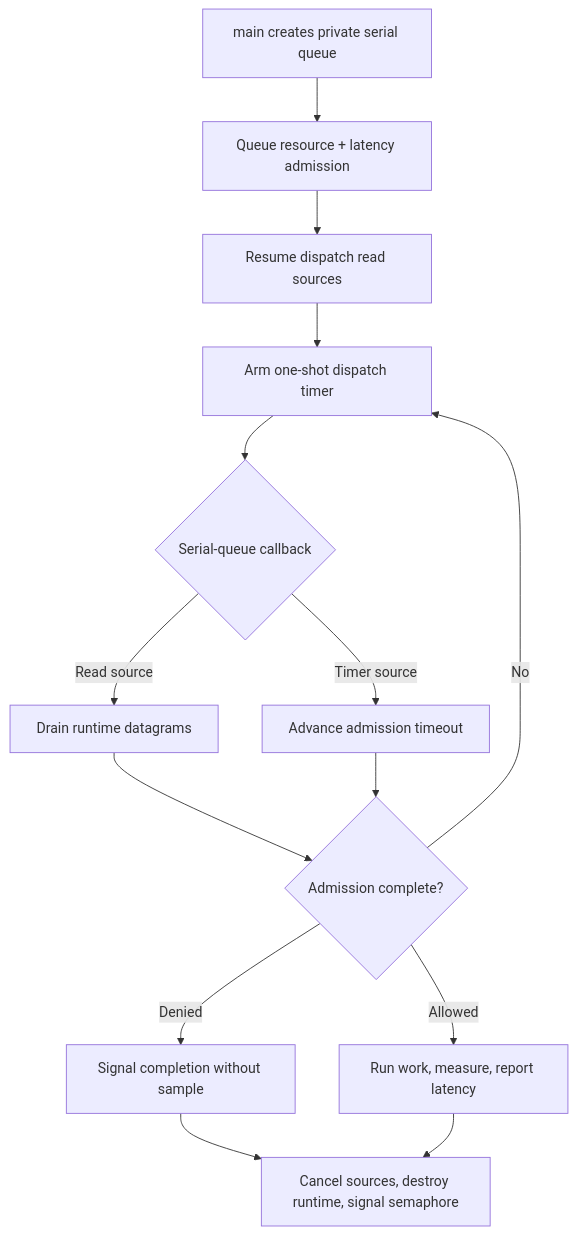
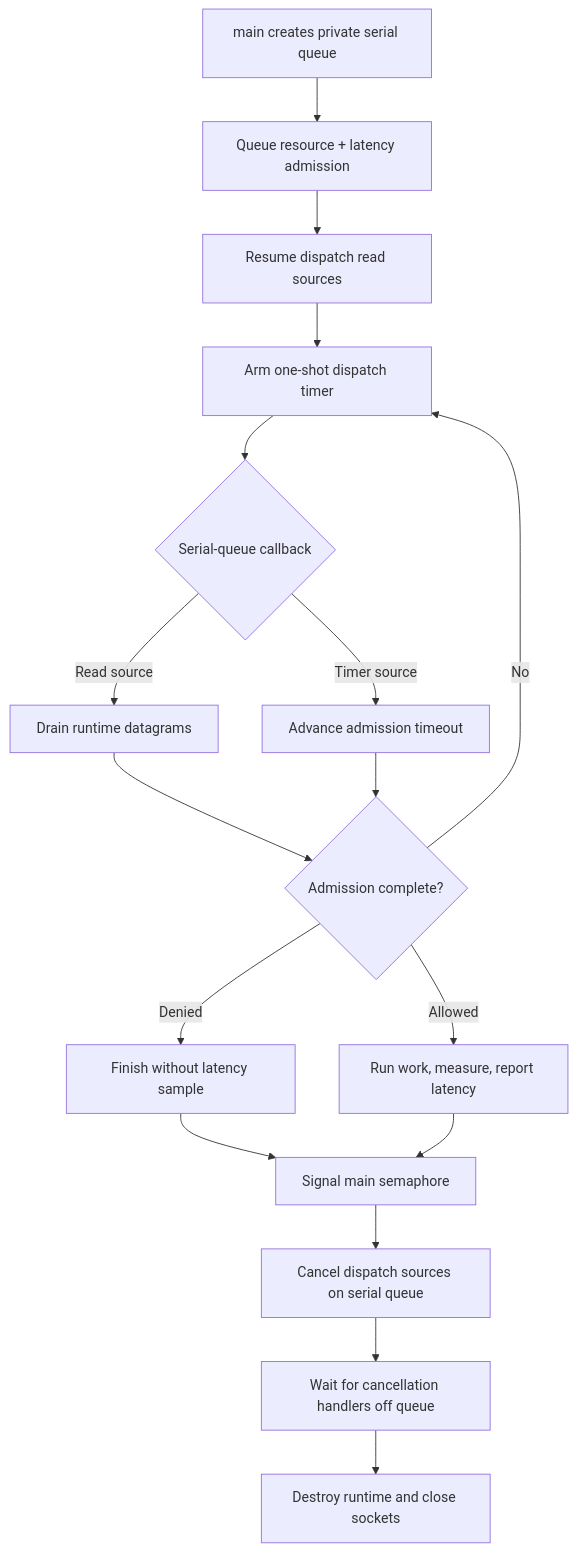
The diagram in examples/libdispatch/README.md (ratelimitly-com/rl-c-client), drawn with Mermaid before and after one commit. The commit also changed other lines of this file and 2 other files, not shown here.

Commit message:
fix(libdispatch): await source cancellation

````diff
--- a/examples/libdispatch/README.md
+++ b/examples/libdispatch/README.md
@@ -12,16 +12,19 @@
 ```mermaid
 flowchart TD
     Main["main creates private serial queue"] --> Start["Queue resource + latency admission"]
     Start --> Sources["Resume dispatch read sources"]
     Sources --> Timer["Arm one-shot dispatch timer"]
     Timer --> Event{"Serial-queue callback"}
     Event -->|Read source| Read["Drain runtime datagrams"]
     Event -->|Timer source| Timeout["Advance admission timeout"]
     Read --> Decision{"Admission complete?"}
     Timeout --> Decision
     Decision -->|No| Timer
-    Decision -->|Denied| Reject["Signal completion without sample"]
+    Decision -->|Denied| Reject["Finish without latency sample"]
     Decision -->|Allowed| Work["Run work, measure, report latency"]
-    Reject --> Shutdown["Cancel sources, destroy runtime, signal semaphore"]
-    Work --> Shutdown
+    Reject --> Signal["Signal main semaphore"]
+    Work --> Signal
+    Signal --> Cancel["Cancel dispatch sources on serial queue"]
+    Cancel --> Wait["Wait for cancellation handlers off queue"]
+    Wait --> Destroy["Destroy runtime and close sockets"]
 ```
````
